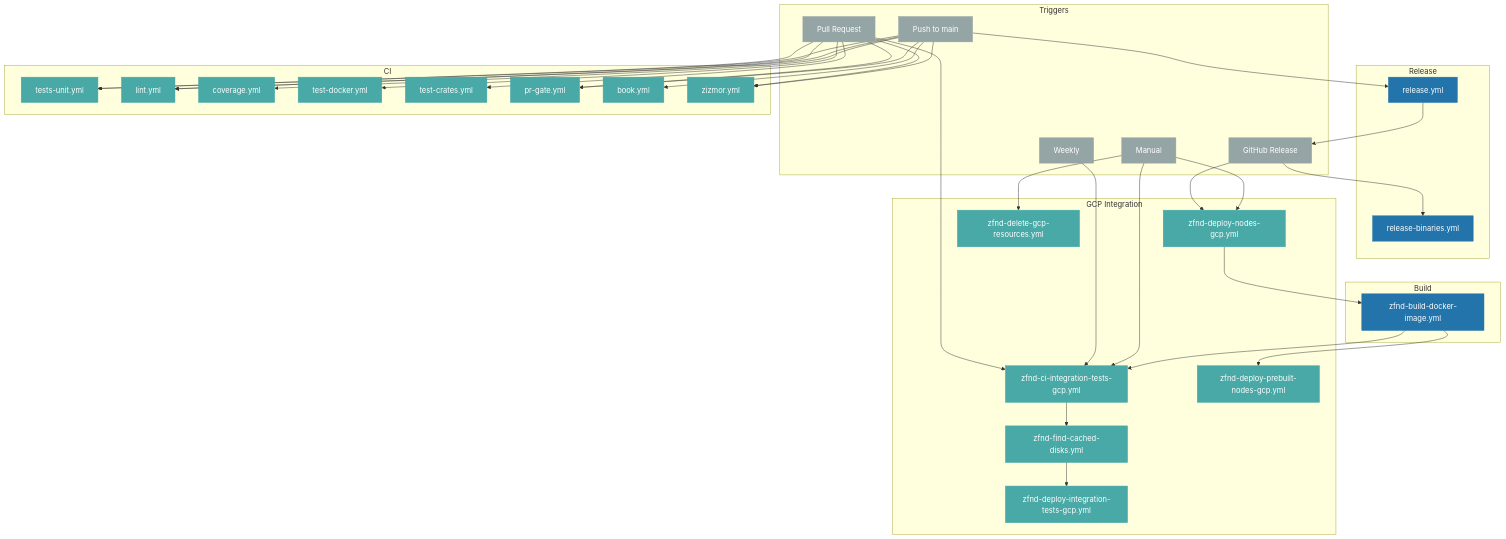
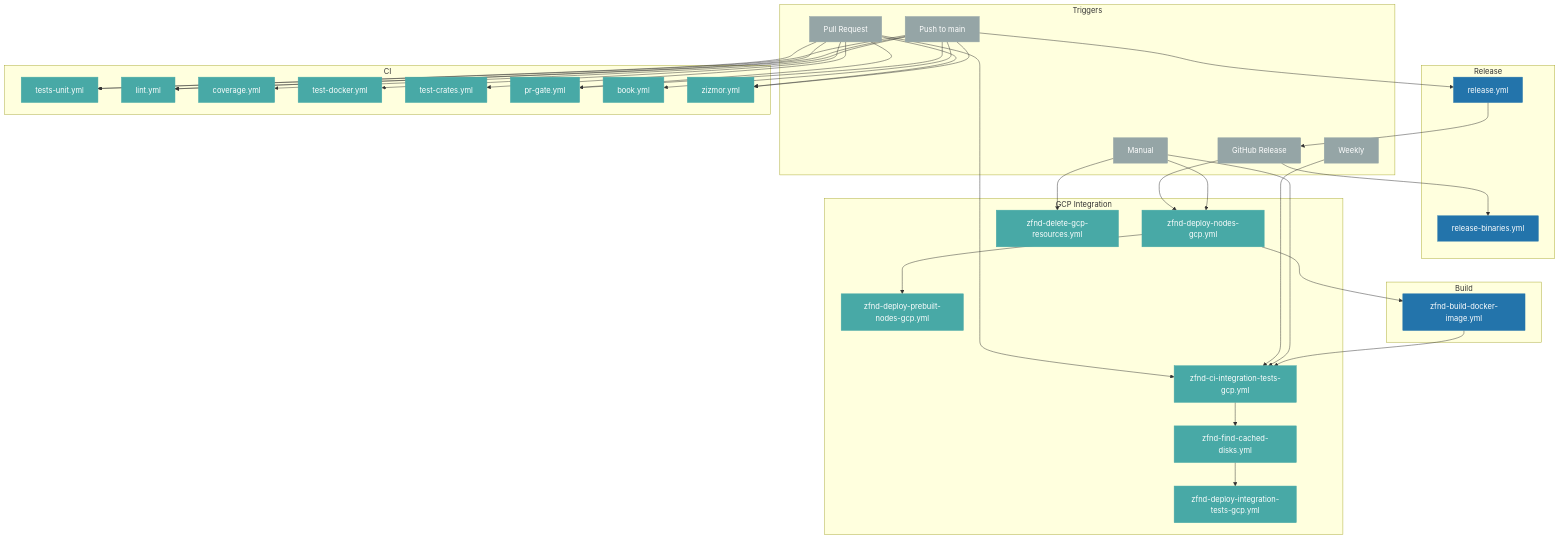
One commit to ZcashFoundation/zebra changed the diagram in .github/workflows/README.md. Above: the diagram before and after it, drawn with Mermaid. The commit also changed 8 other files, not shown here.

````diff
--- a/.github/workflows/README.md
+++ b/.github/workflows/README.md
@@ -24,63 +24,64 @@
 ```mermaid
 graph TB
   %% Triggers
   subgraph Triggers
     PR[Pull Request] & Push[Push to main] & ReleaseEvent[GitHub Release] & Schedule[Weekly] & Manual[Manual]
   end
 
   %% Reusable build
   subgraph Build
     BuildDocker[zfnd-build-docker-image.yml]
   end
 
   %% Release automation
   subgraph Release
     ReleaseWorkflow[release.yml]
     ReleaseBinaries[release-binaries.yml]
   end
 
   %% CI workflows
   subgraph CI
     Unit[tests-unit.yml]
     Lint[lint.yml]
     Coverage[coverage.yml]
     DockerCfg[test-docker.yml]
     CrateBuild[test-crates.yml]
     PRGate[pr-gate.yml]
     Docs[book.yml]
     Security[zizmor.yml]
   end
 
   %% Integration tests on GCP
   subgraph GCP Integration
     IT[zfnd-ci-integration-tests-gcp.yml]
     FindDisks[zfnd-find-cached-disks.yml]
     Deploy[zfnd-deploy-integration-tests-gcp.yml]
     DeployNodes[zfnd-deploy-nodes-gcp.yml]
     DeployPrebuilt[zfnd-deploy-prebuilt-nodes-gcp.yml]
     Cleanup[zfnd-delete-gcp-resources.yml]
   end
 
   %% Trigger wiring
   PR --> Unit & Lint & DockerCfg & CrateBuild & PRGate & IT & Security
   Push --> Unit & Lint & Coverage & PRGate & Docs & Security & ReleaseWorkflow
   ReleaseWorkflow --> ReleaseEvent
   ReleaseEvent --> ReleaseBinaries & DeployNodes
   Schedule --> IT
   Manual --> IT & DeployNodes & Cleanup
 
   %% Build dependency
   BuildDocker --> IT
   IT --> FindDisks --> Deploy
-  DeployNodes --> BuildDocker --> DeployPrebuilt
+  DeployNodes --> BuildDocker
+  DeployNodes --> DeployPrebuilt
 
   %% Styling
   classDef primary fill:#2374ab,stroke:#2374ab,color:white
   classDef secondary fill:#48a9a6,stroke:#48a9a6,color:white
   classDef trigger fill:#95a5a6,stroke:#95a5a6,color:white
   class BuildDocker primary
   class ReleaseWorkflow,ReleaseBinaries primary
   class Unit,Lint,Coverage,DockerCfg,CrateBuild,PRGate,Docs,Security secondary
   class IT,FindDisks,Deploy,DeployNodes,DeployPrebuilt,Cleanup secondary
   class PR,Push,ReleaseEvent,Schedule,Manual trigger
 ```
````
